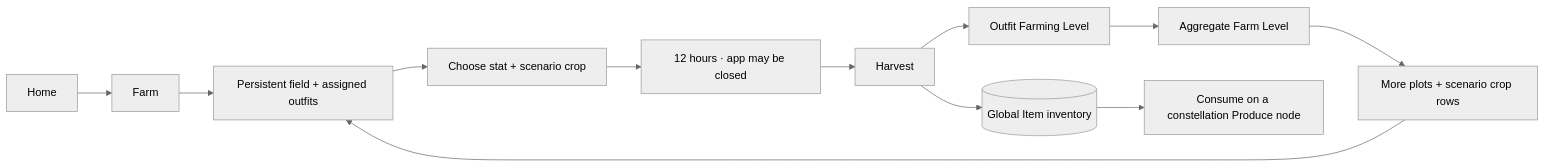
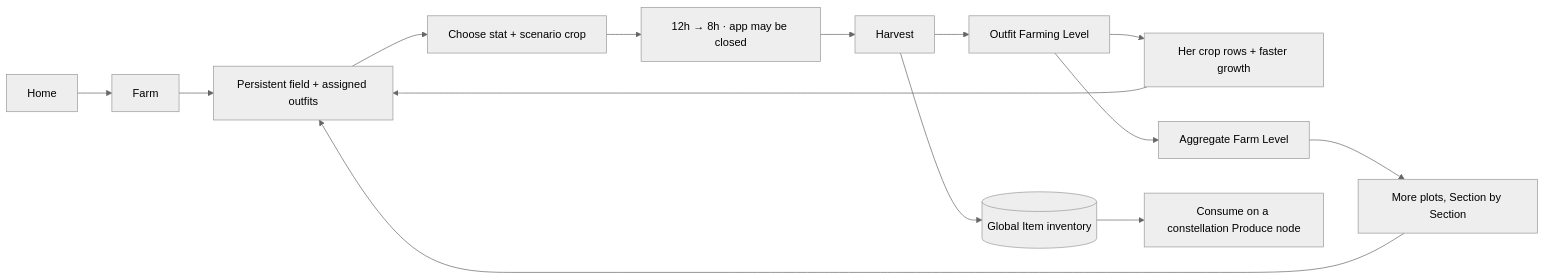
Before and after one commit to luismlorenzana/uma-racer: the diagram in docs/design/farm.md, drawn with Mermaid (neutral theme). The commit also changed other lines of this file and 37 other files, not shown here.

````diff
--- a/docs/design/farm.md
+++ b/docs/design/farm.md
@@ -17,14 +19,16 @@
 ```mermaid
 flowchart LR
     Home --> Farm
     Farm --> Field[Persistent field + assigned outfits]
     Field --> Plant[Choose stat + scenario crop]
-    Plant --> Wait[12 hours · app may be closed]
+    Plant --> Wait[12h → 8h · app may be closed]
     Wait --> Harvest
     Harvest --> Outfit[Outfit Farming Level]
+    Outfit --> Rows[Her crop rows + faster growth]
+    Rows --> Field
     Outfit --> Account[Aggregate Farm Level]
-    Account --> Unlock[More plots + scenario crop rows]
+    Account --> Unlock[More plots, Section by Section]
     Unlock --> Field
     Harvest --> Items[(Global Item inventory)]
     Items --> Produce[Consume on a constellation Produce node]
 ```
````
